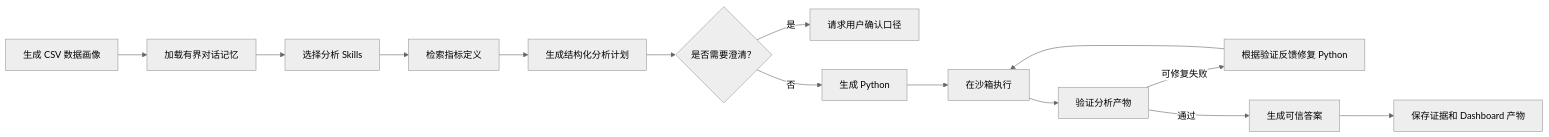
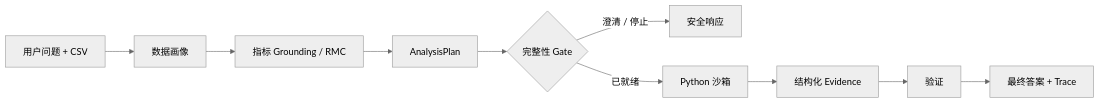
One commit to sageeesy/Datasays changed the diagram in README.zh-CN.md. Above: the diagram before and after it, drawn with Mermaid (neutral theme). The commit also changed other lines of this file and 3 other files, not shown here.

````diff
--- a/README.zh-CN.md
+++ b/README.zh-CN.md
@@ -23,16 +32,12 @@
 ```mermaid
 flowchart LR
-    A["生成 CSV 数据画像"] --> M["加载有界对话记忆"]
-    M --> B["选择分析 Skills"]
-    B --> C["检索指标定义"]
-    C --> D["生成结构化分析计划"]
-    D --> E{"是否需要澄清？"}
-    E -- "是" --> F["请求用户确认口径"]
-    E -- "否" --> G["生成 Python"]
-    G --> H["在沙箱执行"]
-    H --> I["验证分析产物"]
-    I -- "可修复失败" --> R["根据验证反馈修复 Python"]
-    R --> H
-    I -- "通过" --> J["生成可信答案"]
-    J --> K["保存证据和 Dashboard 产物"]
+    A["用户问题 + CSV"] --> B["数据画像"]
+    B --> C["指标 Grounding / RMC"]
+    C --> D["AnalysisPlan"]
+    D --> E{"完整性 Gate"}
+    E -- "澄清 / 停止" --> F["安全响应"]
+    E -- "已就绪" --> G["Python 沙箱"]
+    G --> H["结构化 Evidence"]
+    H --> I["验证"]
+    I --> J["最终答案 + Trace"]
 ```
````
